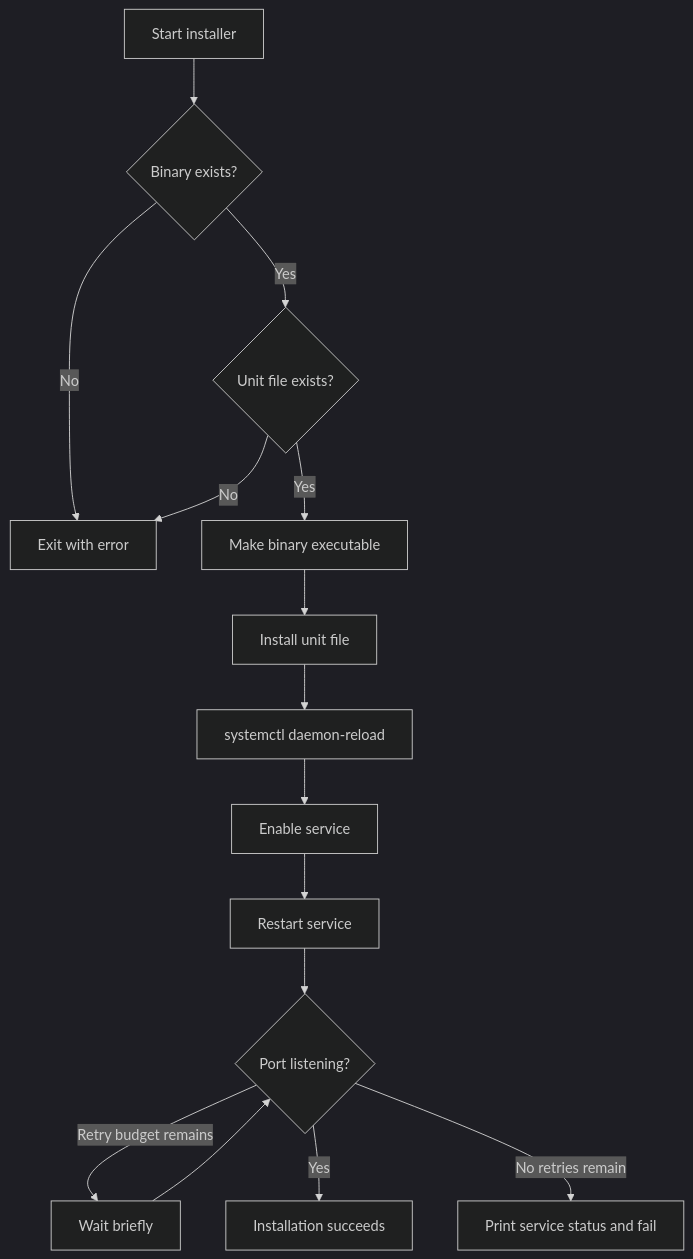
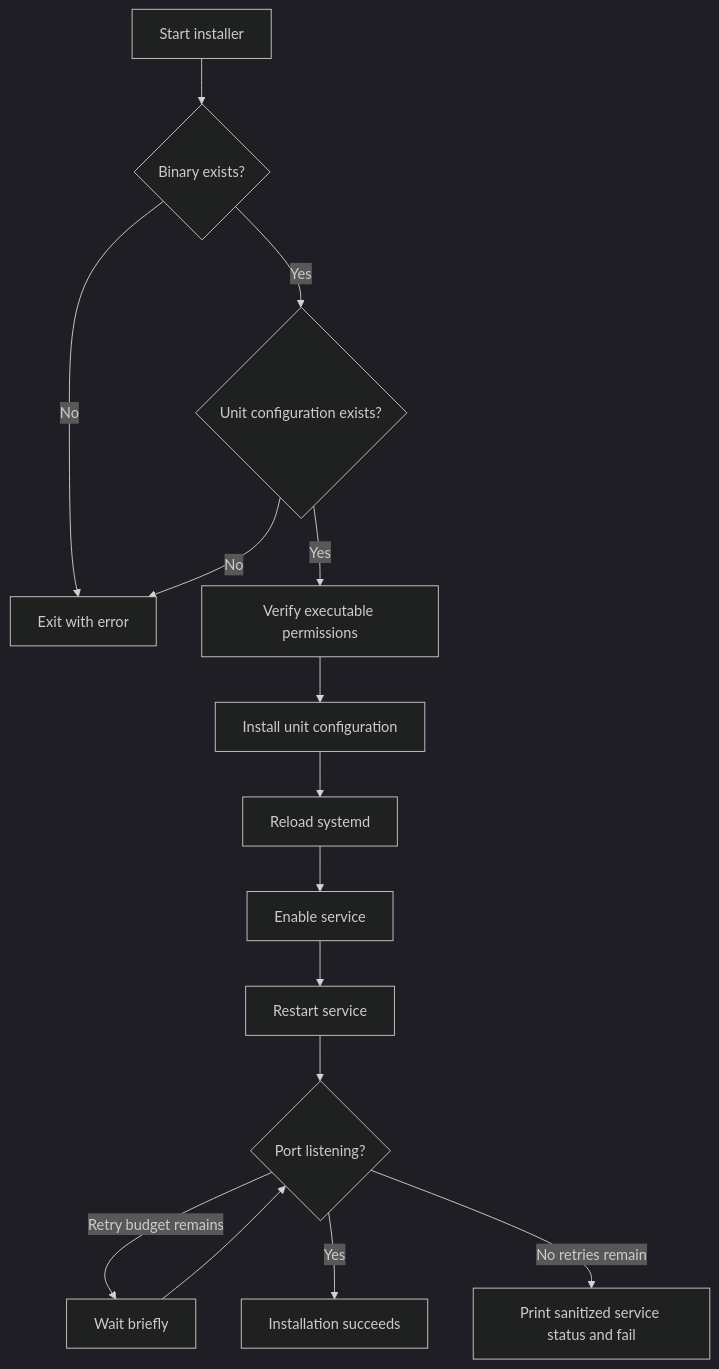
Before and after one commit to adelbordbari/adelbordbari.github.io: the fourth of 8 diagrams in _code/2026-06-27-grpc.md, drawn with Mermaid (dark theme). The commit also changed other lines of this file, not shown here.

````diff
--- a/_code/2026-06-27-grpc.md
+++ b/_code/2026-06-27-grpc.md
@@ -225,17 +209,17 @@
 ```mermaid
 flowchart TD
     A[Start installer] --> B{Binary exists?}
     B -- No --> X[Exit with error]
-    B -- Yes --> C{Unit file exists?}
+    B -- Yes --> C{Unit configuration exists?}
     C -- No --> X
-    C -- Yes --> D[Make binary executable]
-    D --> E[Install unit file]
-    E --> F[systemctl daemon-reload]
+    C -- Yes --> D[Verify executable permissions]
+    D --> E[Install unit configuration]
+    E --> F[Reload systemd]
     F --> G[Enable service]
     G --> H[Restart service]
     H --> I{Port listening?}
     I -- Retry budget remains --> J[Wait briefly]
     J --> I
     I -- Yes --> K[Installation succeeds]
-    I -- No retries remain --> L[Print service status and fail]
+    I -- No retries remain --> L[Print sanitized service status and fail]
 ```
````
